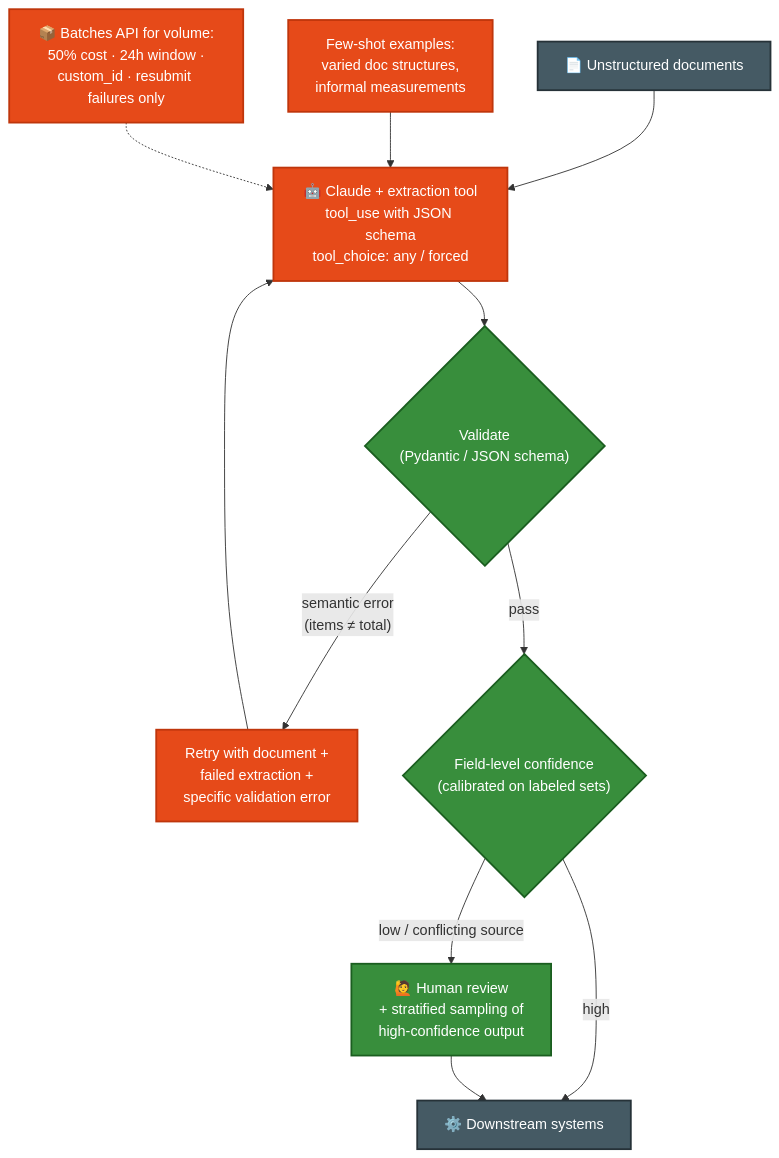
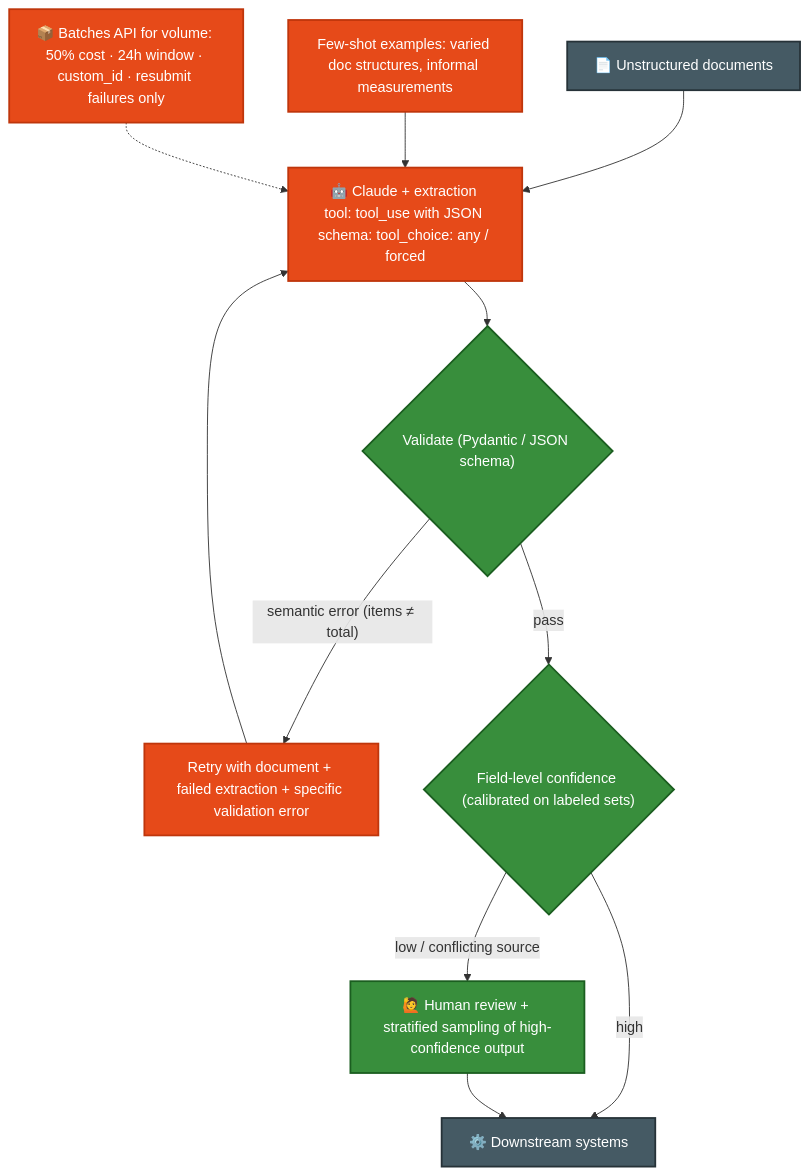
The first of 2 diagrams in CCA-F/scenarios/s6-structured-data-extraction.md (parmar-m/claude-architect-certification-prep), drawn with Mermaid before and after one commit. The commit also changed other lines of this file and 24 other files, not shown here.

Commit message:
fix html tags in mmd diagrams

````diff
--- a/CCA-F/scenarios/s6-structured-data-extraction.md
+++ b/CCA-F/scenarios/s6-structured-data-extraction.md
@@ -11,19 +11,19 @@
 ```mermaid
 flowchart TD
-    DOCS["📄 Unstructured documents"] --> EX["🤖 Claude + extraction tool<br/>tool_use with JSON schema<br/>tool_choice: any / forced"]
-    FS["Few-shot examples:<br/>varied doc structures,<br/>informal measurements"] --> EX
-    EX --> VAL{"Validate<br/>(Pydantic / JSON schema)"}
-    VAL -- "semantic error<br/>(items ≠ total)" --> RETRY["Retry with document +<br/>failed extraction +<br/>specific validation error"]
+    DOCS["📄 Unstructured documents"] --> EX["🤖 Claude + extraction tool: tool_use with JSON schema: tool_choice: any / forced"]
+    FS["Few-shot examples: varied doc structures, informal measurements"] --> EX
+    EX --> VAL{"Validate (Pydantic / JSON schema)"}
+    VAL -- "semantic error (items ≠ total)" --> RETRY["Retry with document + failed extraction + specific validation error"]
     RETRY --> EX
-    VAL -- pass --> CONF{"Field-level confidence<br/>(calibrated on labeled sets)"}
-    CONF -- "low / conflicting source" --> HR["🙋 Human review<br/>+ stratified sampling of<br/>high-confidence output"]
+    VAL -- pass --> CONF{"Field-level confidence (calibrated on labeled sets)"}
+    CONF -- "low / conflicting source" --> HR["🙋 Human review + stratified sampling of high-confidence output"]
     CONF -- high --> DS["⚙️ Downstream systems"]
     HR --> DS
-    BATCH["📦 Batches API for volume:<br/>50% cost · 24h window ·<br/>custom_id · resubmit failures only"] -.-> EX
+    BATCH["📦 Batches API for volume: 50% cost · 24h window · custom_id · resubmit failures only"] -.-> EX
     classDef ex fill:#E64A19,color:#fff,stroke:#BF360C,stroke-width:2px
     classDef val fill:#388E3C,color:#fff,stroke:#1B5E20,stroke-width:2px
     classDef n fill:#455A64,color:#fff,stroke:#263238,stroke-width:2px
     class EX,FS,RETRY,BATCH ex
     class VAL,CONF,HR val
     class DOCS,DS n
 ```
````
